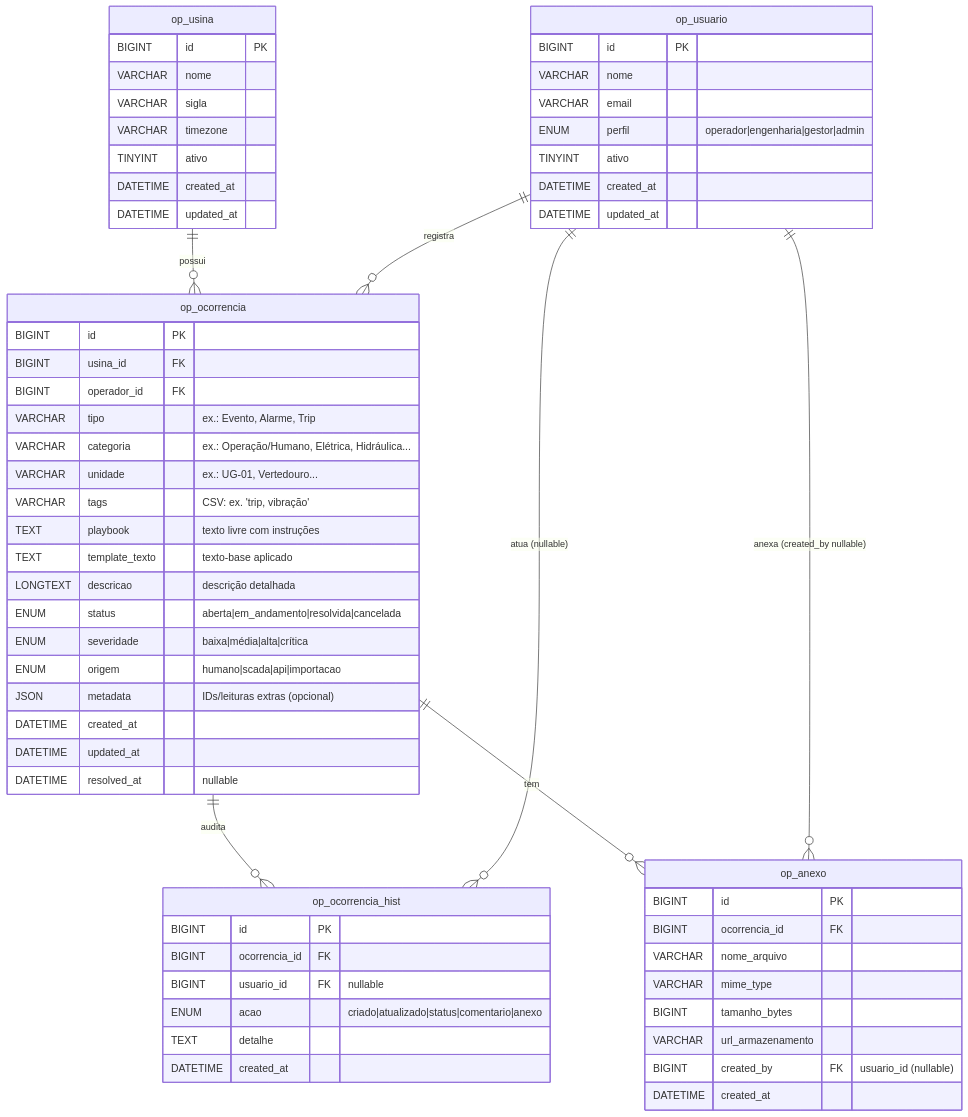
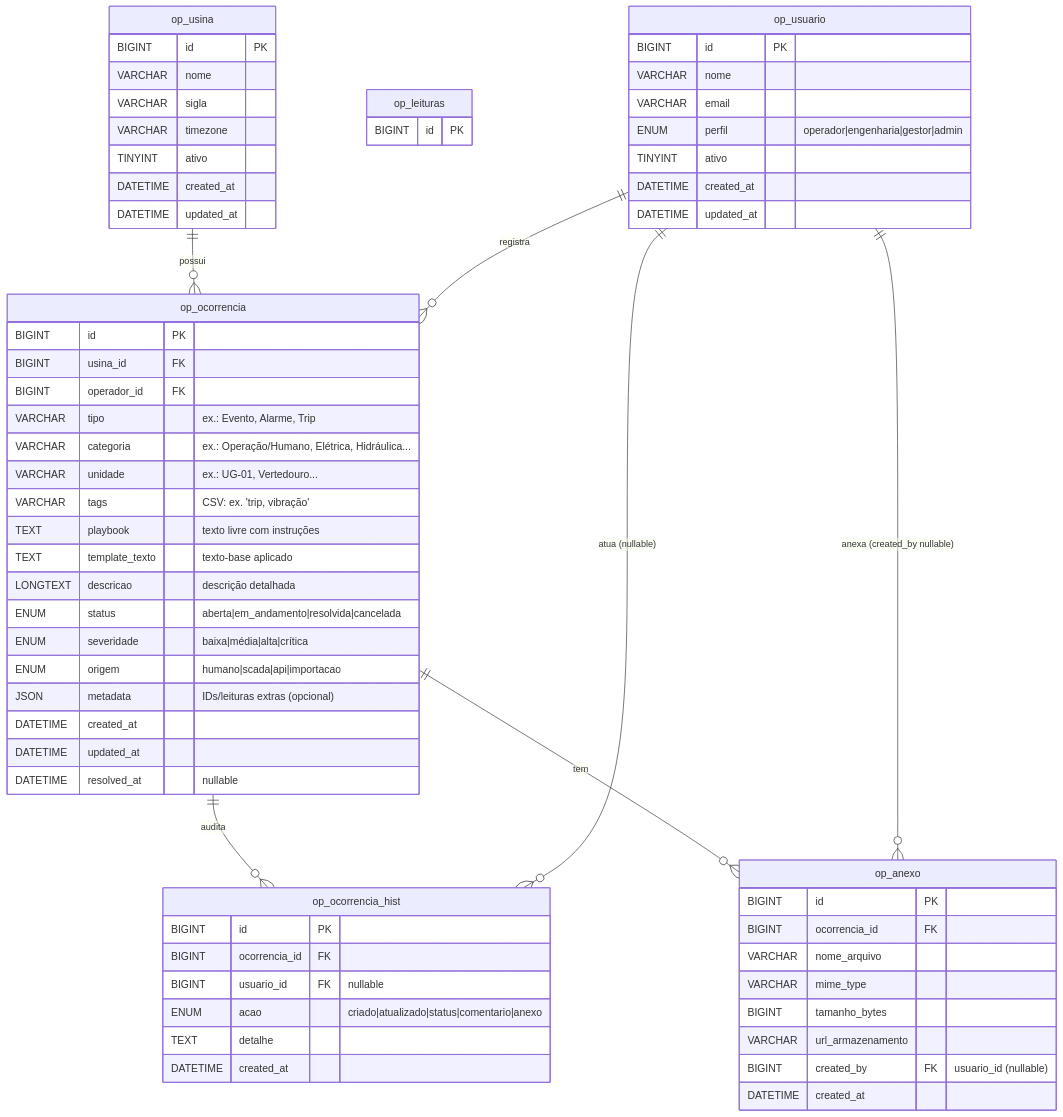
Before and after one commit to MilianoJunior/registro_de_eventos: the diagram in libs/models/docs/database.md, drawn with Mermaid. The commit also changed 14 other files, not shown here.

````diff
--- a/libs/models/docs/database.md
+++ b/libs/models/docs/database.md
@@ -409,78 +409,83 @@
 ```mermaid
 erDiagram
     %% =========================
     %% ENTIDADES
     %% =========================
     op_usina {
       BIGINT id PK
       VARCHAR nome
       VARCHAR sigla
       VARCHAR timezone
       TINYINT ativo
       DATETIME created_at
       DATETIME updated_at
+    }
+
+    op_leituras {
+        BIGINT id PK
+
     }
 
     op_usuario {
       BIGINT id PK
       VARCHAR nome
       VARCHAR email
       ENUM perfil  "operador|engenharia|gestor|admin"
       TINYINT ativo
       DATETIME created_at
       DATETIME updated_at
     }
 
     op_ocorrencia {
       BIGINT id PK
       BIGINT usina_id FK
       BIGINT operador_id FK
       VARCHAR tipo            "ex.: Evento, Alarme, Trip"
       VARCHAR categoria       "ex.: Operação/Humano, Elétrica, Hidráulica..."
       VARCHAR unidade         "ex.: UG-01, Vertedouro..."
       VARCHAR tags            "CSV: ex. 'trip, vibração'"
       TEXT   playbook         "texto livre com instruções"
       TEXT   template_texto   "texto-base aplicado"
       LONGTEXT descricao      "descrição detalhada"
       ENUM status             "aberta|em_andamento|resolvida|cancelada"
       ENUM severidade         "baixa|média|alta|crítica"
       ENUM origem             "humano|scada|api|importacao"
       JSON  metadata          "IDs/leituras extras (opcional)"
       DATETIME created_at
       DATETIME updated_at
       DATETIME resolved_at    "nullable"
     }
 
     op_ocorrencia_hist {
       BIGINT id PK
       BIGINT ocorrencia_id FK
       BIGINT usuario_id FK "nullable"
       ENUM acao            "criado|atualizado|status|comentario|anexo"
       TEXT detalhe
       DATETIME created_at
     }
 
     op_anexo {
       BIGINT id PK
       BIGINT ocorrencia_id FK
       VARCHAR nome_arquivo
       VARCHAR mime_type
       BIGINT tamanho_bytes
       VARCHAR url_armazenamento
       BIGINT created_by FK  "usuario_id (nullable)"
       DATETIME created_at
     }
 
     %% =========================
     %% RELACIONAMENTOS
     %% =========================
     op_usina ||--o{ op_ocorrencia : "possui"
     op_usuario ||--o{ op_ocorrencia : "registra"
 
     op_ocorrencia ||--o{ op_ocorrencia_hist : "audita"
     op_usuario ||--o{ op_ocorrencia_hist : "atua (nullable)"
 
     op_ocorrencia ||--o{ op_anexo : "tem"
     op_usuario ||--o{ op_anexo : "anexa (created_by nullable)"
 
 ```
````
